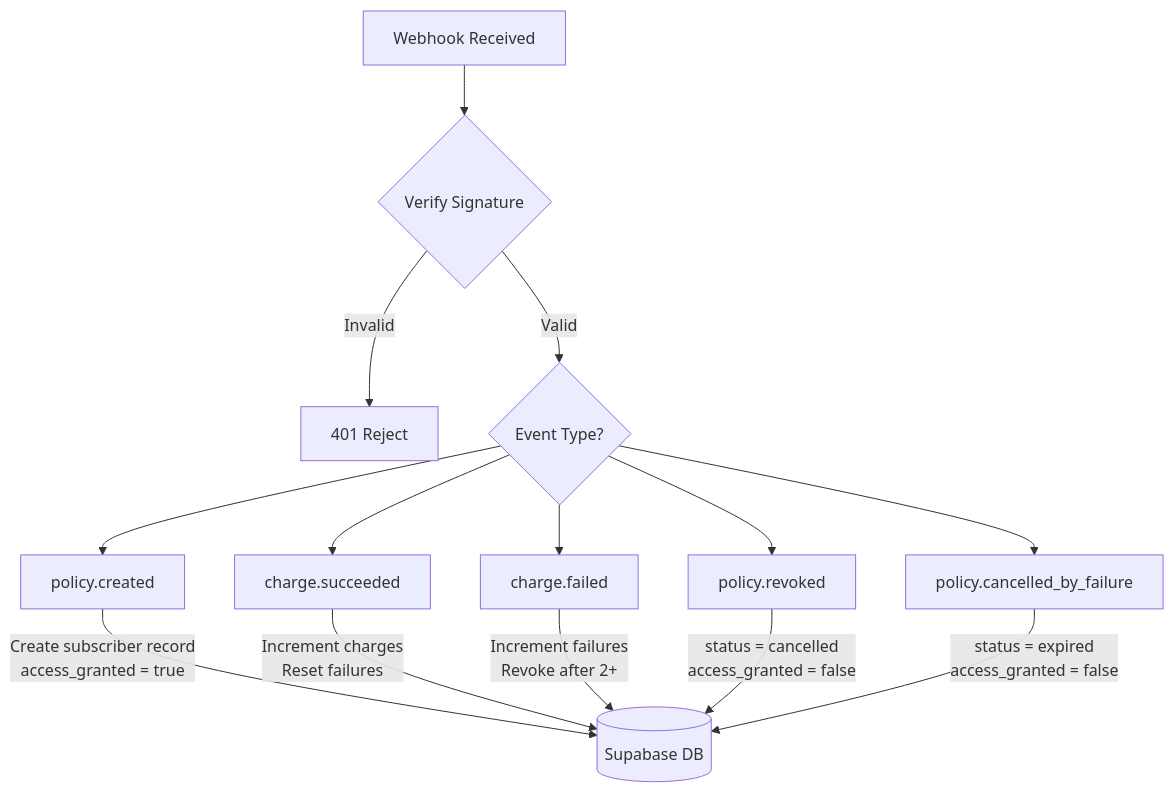
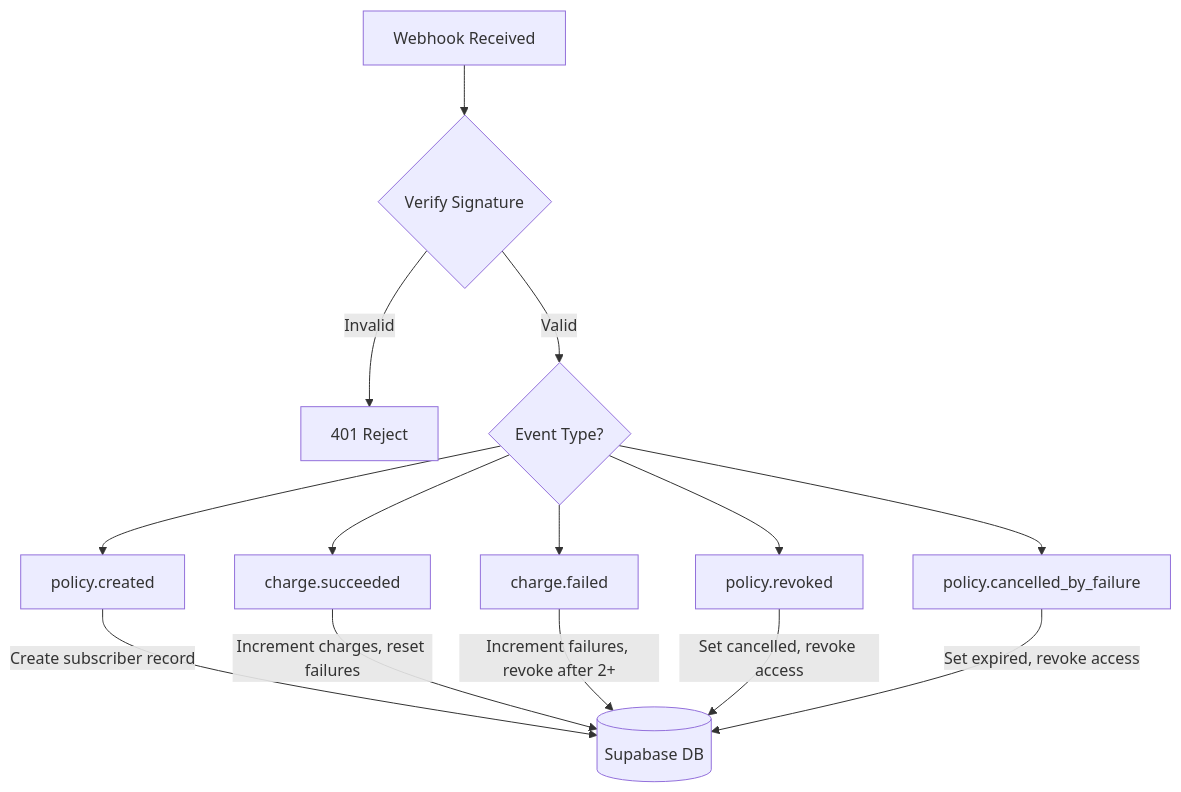
The third of 4 diagrams in documentation/merchant-checkout-example.md (apeoverflow/Auto-Pay-Protocol), drawn with Mermaid before and after one commit. The commit also changed other lines of this file, not shown here.

Commit message:
fix mermaid diagrams

````diff
--- a/documentation/merchant-checkout-example.md
+++ b/documentation/merchant-checkout-example.md
@@ -127,18 +127,18 @@
 ```mermaid
 graph TD
     W[Webhook Received] --> V{Verify Signature}
     V -- Invalid --> R401[401 Reject]
     V -- Valid --> E{Event Type?}
 
     E --> PC[policy.created]
     E --> CS[charge.succeeded]
     E --> CF[charge.failed]
     E --> PR[policy.revoked]
     E --> PCF[policy.cancelled_by_failure]
 
-    PC --> |"Create subscriber record<br/>access_granted = true"| DB[(Supabase DB)]
-    CS --> |"Increment charges<br/>Reset failures"| DB
-    CF --> |"Increment failures<br/>Revoke after 2+"| DB
-    PR --> |"status = cancelled<br/>access_granted = false"| DB
-    PCF --> |"status = expired<br/>access_granted = false"| DB
+    PC -->|Create subscriber record| DB[(Supabase DB)]
+    CS -->|Increment charges, reset failures| DB
+    CF -->|Increment failures, revoke after 2+| DB
+    PR -->|Set cancelled, revoke access| DB
+    PCF -->|Set expired, revoke access| DB
 ```
````
